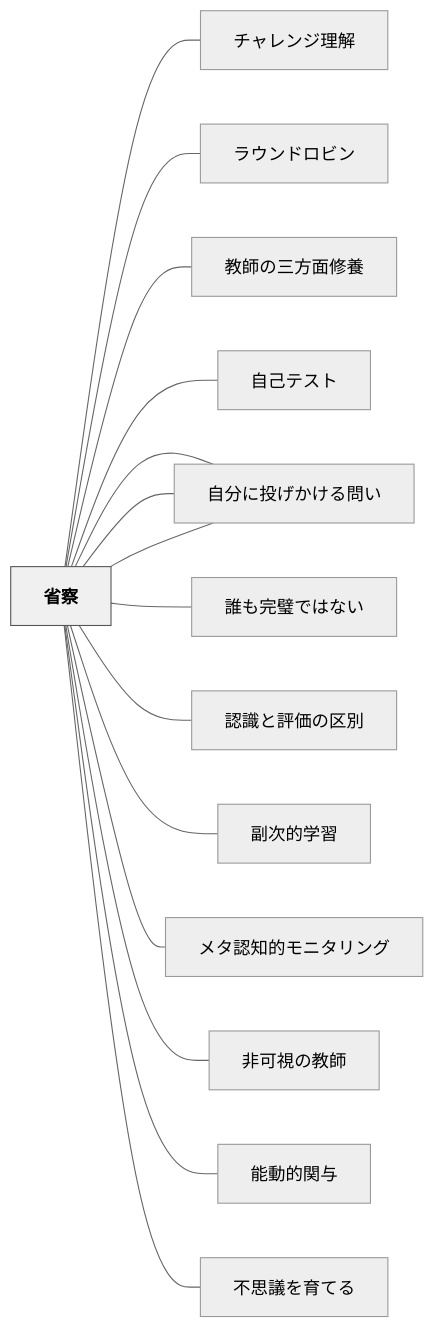
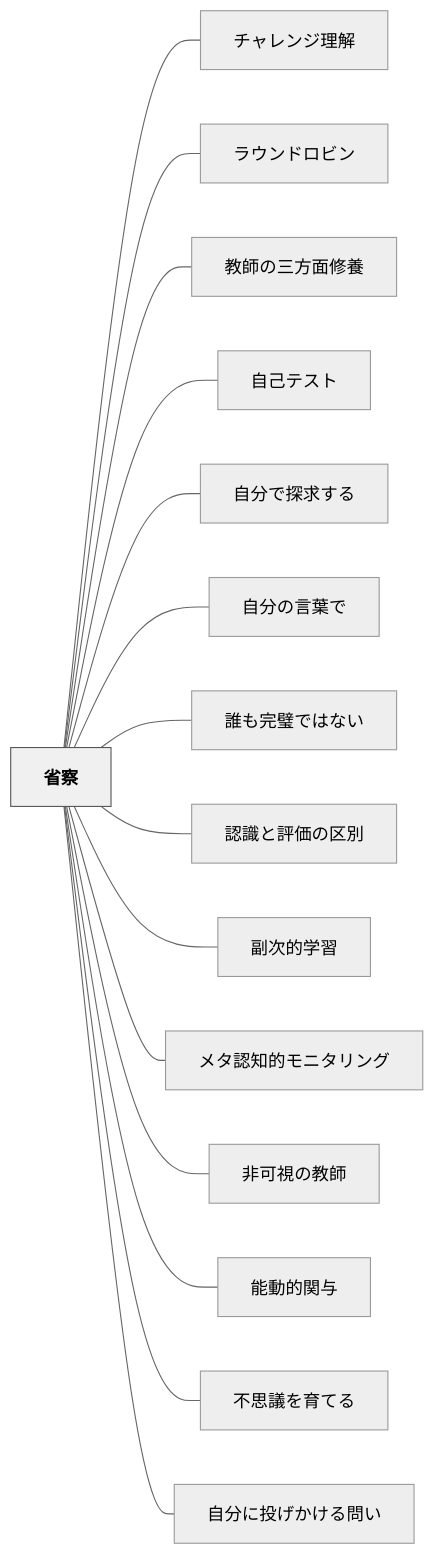
Before and after one commit to unknownthings-ed-patterns/unknownthings-ed-patterns: the diagram in content/パタン/省察.md, drawn with Mermaid (neutral theme). The commit also changed 527 other files, not shown here.

````diff
--- a/content/パタン/省察.md
+++ b/content/パタン/省察.md
@@ -120,36 +120,36 @@
 ```mermaid
 flowchart LR
     ne79c81e5af9f["省察"]
-    ne38381e383a3["チャレンジ理解"]
-    ne383a9e382a6["ラウンドロビン"]
-    ne69599e5b8ab["教師の三方面修養"]
-    ne887aae5b7b1["自己テスト"]
-    ne887aae58886["自分で探求する"]
-    ne887aae58886["自分の言葉で"]
-    ne8aab0e38282["誰も完璧ではない"]
-    ne8aa8de8ad98["認識と評価の区別"]
-    ne589afe6aca1["副次的学習"]
-    ne383a1e382bf["メタ認知的モニタリング"]
-    ne99d9ee58faf["非可視の教師"]
-    ne883bde58b95["能動的関与"]
-    ne4b88de6809d["不思議を育てる"]
-    ne887aae58886["自分に投げかける問い"]
+    ne38381e383a3e383ace383b3e382b8e79086e8a7a3["チャレンジ理解"]
+    ne383a9e382a6e383b3e38389e383ade38393e383b3["ラウンドロビン"]
+    ne69599e5b8abe381aee4b889e696b9e99da2e4bfaee9a48a["教師の三方面修養"]
+    ne887aae5b7b1e38386e382b9e38388["自己テスト"]
+    ne887aae58886e381a7e68ea2e6b182e38199e3828b["自分で探求する"]
+    ne887aae58886e381aee8a880e89189e381a7["自分の言葉で"]
+    ne8aab0e38282e5ae8ce792a7e381a7e381afe381aae38184["誰も完璧ではない"]
+    ne8aa8de8ad98e381a8e8a995e4bea1e381aee58cbae588a5["認識と評価の区別"]
+    ne589afe6aca1e79a84e5ada6e7bf92["副次的学習"]
+    ne383a1e382bfe8aa8de79fa5e79a84e383a2e3838be382bfe383aae383b3e382b0["メタ認知的モニタリング"]
+    ne99d9ee58fafe8a696e381aee69599e5b8ab["非可視の教師"]
+    ne883bde58b95e79a84e996a2e4b88e["能動的関与"]
+    ne4b88de6809de8adb0e38292e882b2e381a6e3828b["不思議を育てる"]
+    ne887aae58886e381abe68a95e38192e3818be38191e3828be5958fe38184["自分に投げかける問い"]
 
-    ne79c81e5af9f --- ne38381e383a3
-    ne79c81e5af9f --- ne383a9e382a6
-    ne79c81e5af9f --- ne69599e5b8ab
-    ne79c81e5af9f --- ne887aae5b7b1
-    ne79c81e5af9f --- ne887aae58886
-    ne79c81e5af9f --- ne887aae58886
-    ne79c81e5af9f --- ne8aab0e38282
-    ne79c81e5af9f --- ne8aa8de8ad98
-    ne79c81e5af9f --- ne589afe6aca1
-    ne79c81e5af9f --- ne383a1e382bf
-    ne79c81e5af9f --- ne99d9ee58faf
-    ne79c81e5af9f --- ne883bde58b95
-    ne79c81e5af9f --- ne4b88de6809d
-    ne79c81e5af9f --- ne887aae58886
+    ne79c81e5af9f --- ne38381e383a3e383ace383b3e382b8e79086e8a7a3
+    ne79c81e5af9f --- ne383a9e382a6e383b3e38389e383ade38393e383b3
+    ne79c81e5af9f --- ne69599e5b8abe381aee4b889e696b9e99da2e4bfaee9a48a
+    ne79c81e5af9f --- ne887aae5b7b1e38386e382b9e38388
+    ne79c81e5af9f --- ne887aae58886e381a7e68ea2e6b182e38199e3828b
+    ne79c81e5af9f --- ne887aae58886e381aee8a880e89189e381a7
+    ne79c81e5af9f --- ne8aab0e38282e5ae8ce792a7e381a7e381afe381aae38184
+    ne79c81e5af9f --- ne8aa8de8ad98e381a8e8a995e4bea1e381aee58cbae588a5
+    ne79c81e5af9f --- ne589afe6aca1e79a84e5ada6e7bf92
+    ne79c81e5af9f --- ne383a1e382bfe8aa8de79fa5e79a84e383a2e3838be382bfe383aae383b3e382b0
+    ne79c81e5af9f --- ne99d9ee58fafe8a696e381aee69599e5b8ab
+    ne79c81e5af9f --- ne883bde58b95e79a84e996a2e4b88e
+    ne79c81e5af9f --- ne4b88de6809de8adb0e38292e882b2e381a6e3828b
+    ne79c81e5af9f --- ne887aae58886e381abe68a95e38192e3818be38191e3828be5958fe38184
 
     classDef hub fill:#f0f0f0,stroke:#555,color:#000,font-weight:bold
     class ne79c81e5af9f hub
 ```
````
